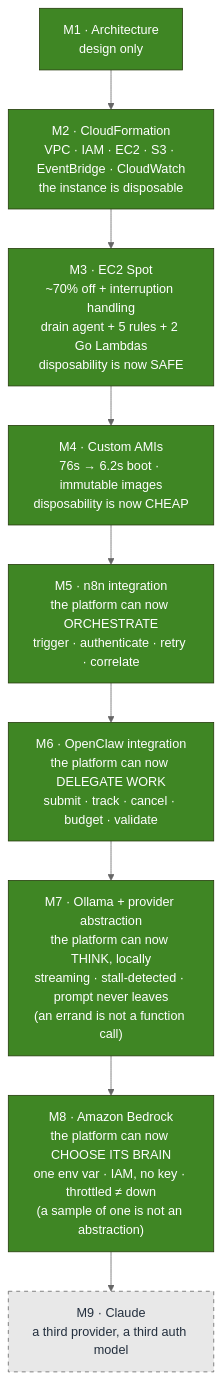
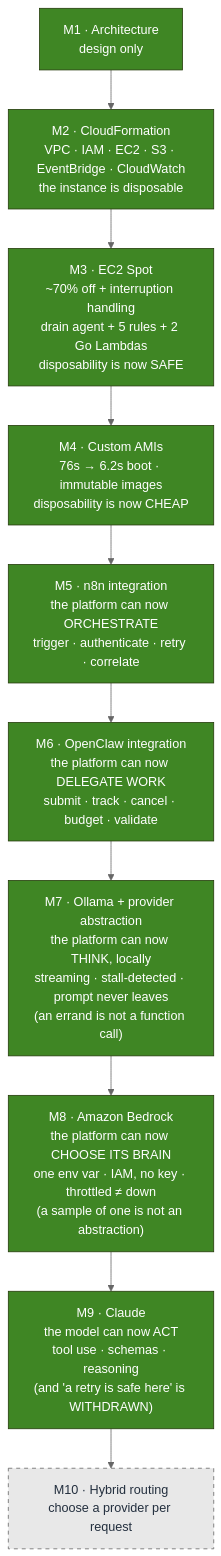
Before and after one commit to teddynted/designing-an-ai-agent-platform-on-aws: the fourth of 4 diagrams in docs/architecture/current-architecture.md, drawn with Mermaid (neutral theme). The commit also changed other lines of this file and 29 other files, not shown here.

````diff
--- a/docs/architecture/current-architecture.md
+++ b/docs/architecture/current-architecture.md
@@ -261,17 +278,18 @@
 ```mermaid
 flowchart TB
     m1["M1 · Architecture<br/>design only"] --> m2
     m2["M2 · CloudFormation<br/>VPC · IAM · EC2 · S3 · EventBridge · CloudWatch<br/>the instance is disposable"] --> m3
     m3["M3 · EC2 Spot<br/>~70% off + interruption handling<br/>drain agent + 5 rules + 2 Go Lambdas<br/>disposability is now SAFE"] --> m4
     m4["M4 · Custom AMIs<br/>76s → 6.2s boot · immutable images<br/>disposability is now CHEAP"] --> m5
     m5["M5 · n8n integration<br/>the platform can now ORCHESTRATE<br/>trigger · authenticate · retry · correlate"] --> m6
     m6["M6 · OpenClaw integration<br/>the platform can now DELEGATE WORK<br/>submit · track · cancel · budget · validate"] --> m7
     m7["M7 · Ollama + provider abstraction<br/>the platform can now THINK, locally<br/>streaming · stall-detected · prompt never leaves<br/>(an errand is not a function call)"] --> m8
     m8["M8 · Amazon Bedrock<br/>the platform can now CHOOSE ITS BRAIN<br/>one env var · IAM, no key · throttled ≠ down<br/>(a sample of one is not an abstraction)"] --> m9
+    m9["M9 · Claude<br/>the model can now ACT<br/>tool use · schemas · reasoning<br/>(and 'a retry is safe here' is WITHDRAWN)"] --> m10
 
-    m9["M9 · Claude<br/>a third provider, a third auth model"]:::next
+    m10["M10 · Hybrid routing<br/>choose a provider per request"]:::next
 
     classDef done fill:#3F8624,stroke:#243B0B,color:#FFFFFF
     classDef next fill:#E8E8E8,stroke:#666,color:#232F3E,stroke-dasharray: 5 5
-    class m1,m2,m3,m4,m5,m6,m7,m8 done
+    class m1,m2,m3,m4,m5,m6,m7,m8,m9 done
 ```
````
